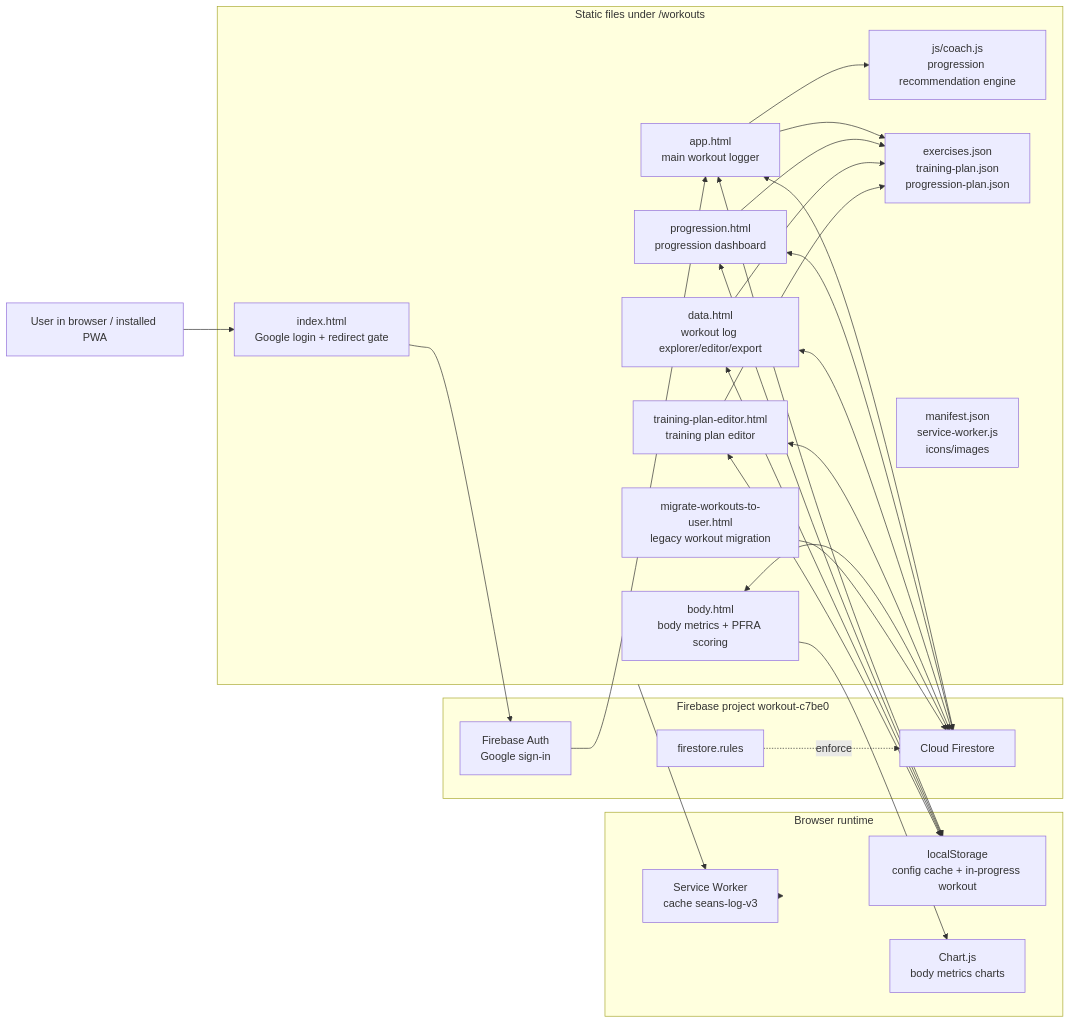
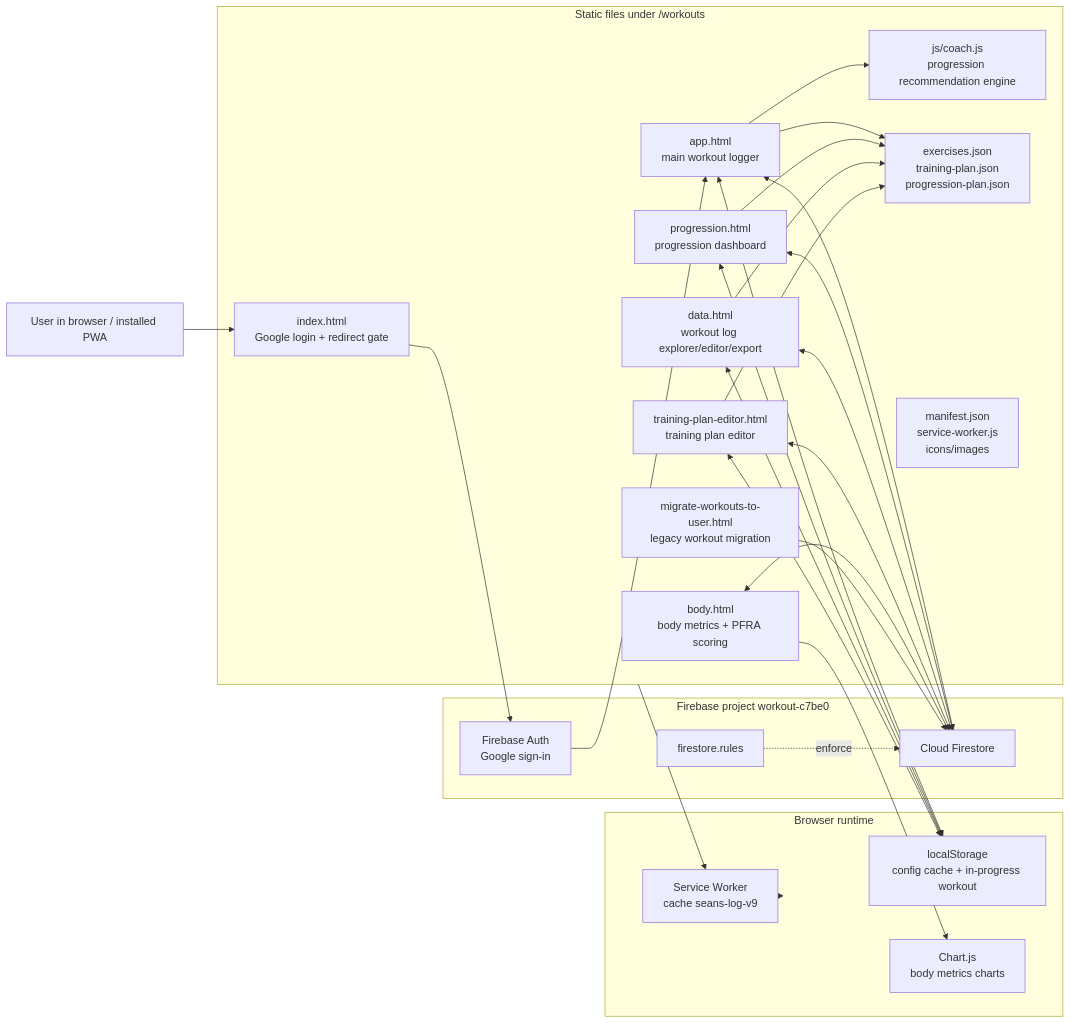
One commit to 0sps/sull1van.com changed the first of 5 diagrams in workouts/WORKOUTS_ARCHITECTURE.md. Above: the diagram before and after it, drawn with Mermaid. The commit also changed other lines of this file and 11 other files, not shown here.

````diff
--- a/workouts/WORKOUTS_ARCHITECTURE.md
+++ b/workouts/WORKOUTS_ARCHITECTURE.md
@@ -13,52 +13,52 @@
 ```mermaid
 flowchart LR
     User["User in browser / installed PWA"]
 
     subgraph Static["Static files under /workouts"]
         Login["index.html<br/>Google login + redirect gate"]
         App["app.html<br/>main workout logger"]
         Progression["progression.html<br/>progression dashboard"]
         Body["body.html<br/>body metrics + PFRA scoring"]
         Data["data.html<br/>workout log explorer/editor/export"]
         Editor["training-plan-editor.html<br/>training plan editor"]
         Migration["migrate-workouts-to-user.html<br/>legacy workout migration"]
         Coach["js/coach.js<br/>progression recommendation engine"]
         Seeds["exercises.json<br/>training-plan.json<br/>progression-plan.json"]
         PWA["manifest.json<br/>service-worker.js<br/>icons/images"]
     end
 
     subgraph Browser["Browser runtime"]
-        SW["Service Worker<br/>cache seans-log-v3"]
+        SW["Service Worker<br/>cache seans-log-v9"]
         LS["localStorage<br/>config cache + in-progress workout"]
         Charts["Chart.js<br/>body metrics charts"]
     end
 
     subgraph Firebase["Firebase project workout-c7be0"]
         Auth["Firebase Auth<br/>Google sign-in"]
         Firestore["Cloud Firestore"]
         Rules["firestore.rules"]
     end
 
     User --> Login
     Login --> Auth
     Auth --> App
     App --> Coach
     App --> Seeds
     Progression --> Seeds
     Data --> Seeds
     Editor --> Seeds
     App <--> LS
     Progression <--> LS
     Data <--> LS
     Editor <--> LS
     Body --> Charts
     Static --> SW
     SW --> Browser
     App <--> Firestore
     Progression <--> Firestore
     Data <--> Firestore
     Editor <--> Firestore
     Body <--> Firestore
     Migration --> Firestore
     Rules -. enforce .-> Firestore
 ```
````
